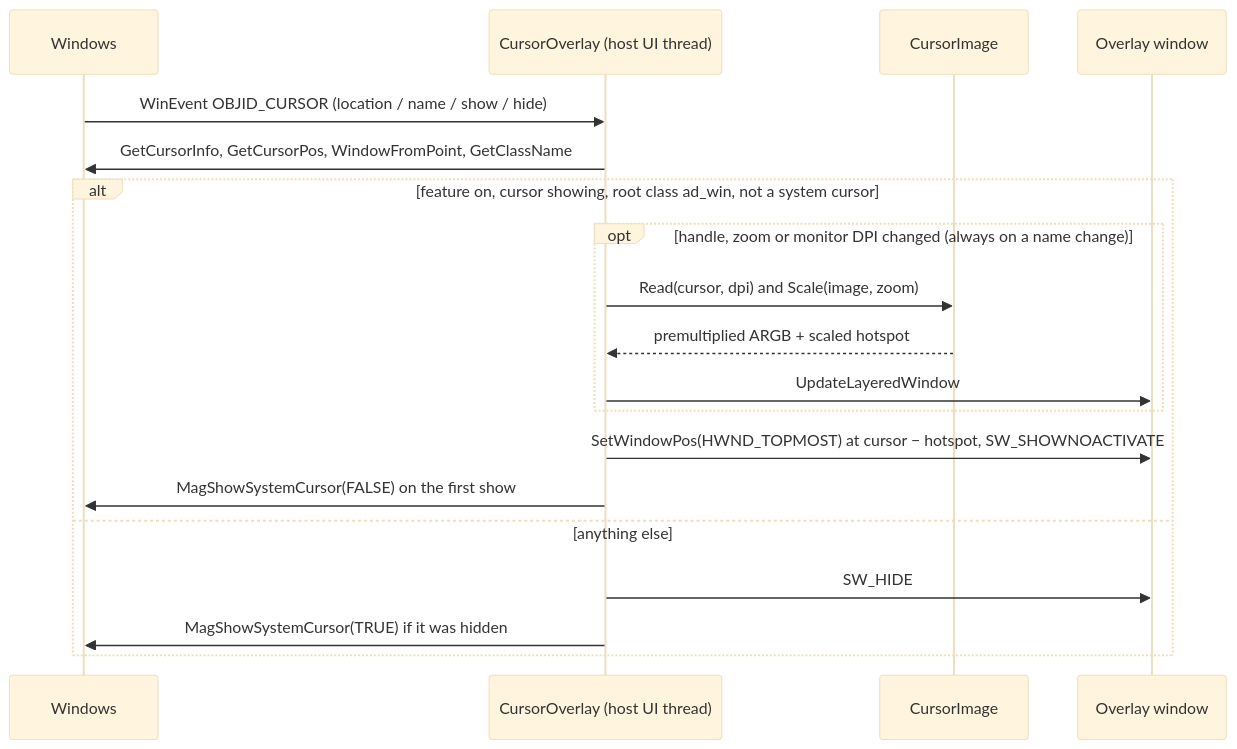
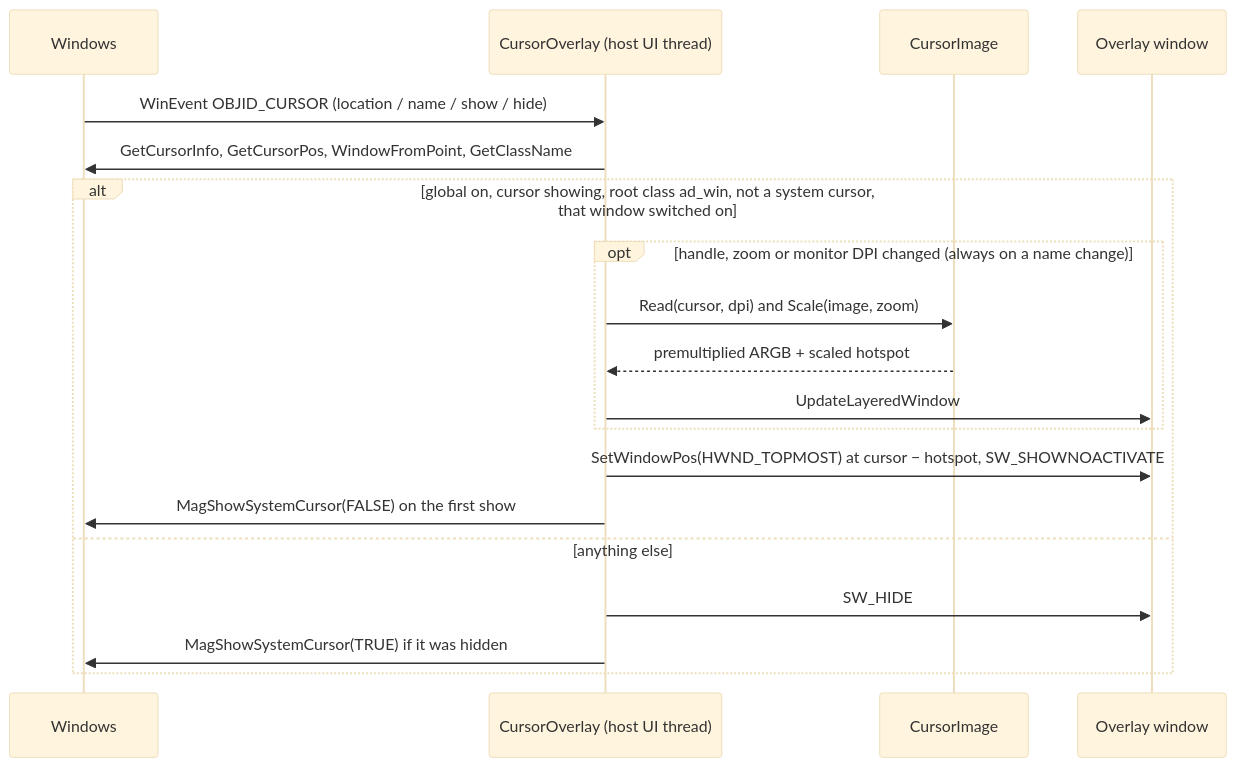
The second of 2 diagrams in docs/Architecture.md (motwok/DeGhoster), drawn with Mermaid (base theme) before and after one commit. The commit also changed other lines of this file and 52 other files, not shown here.

````diff
--- a/docs/Architecture.md
+++ b/docs/Architecture.md
@@ -182,21 +195,21 @@
 ```mermaid
 sequenceDiagram
     participant W as Windows
     participant O as CursorOverlay (host UI thread)
     participant I as CursorImage
     participant V as Overlay window
     W->>O: WinEvent OBJID_CURSOR (location / name / show / hide)
     O->>W: GetCursorInfo, GetCursorPos, WindowFromPoint, GetClassName
-    alt feature on, cursor showing, root class ad_win, not a system cursor
+    alt global on, cursor showing, root class ad_win, not a system cursor, that window switched on
         opt handle, zoom or monitor DPI changed (always on a name change)
             O->>I: Read(cursor, dpi) and Scale(image, zoom)
             I-->>O: premultiplied ARGB + scaled hotspot
             O->>V: UpdateLayeredWindow
         end
         O->>V: SetWindowPos(HWND_TOPMOST) at cursor − hotspot, SW_SHOWNOACTIVATE
         O->>W: MagShowSystemCursor(FALSE) on the first show
     else anything else
         O->>V: SW_HIDE
         O->>W: MagShowSystemCursor(TRUE) if it was hidden
     end
 ```
````
